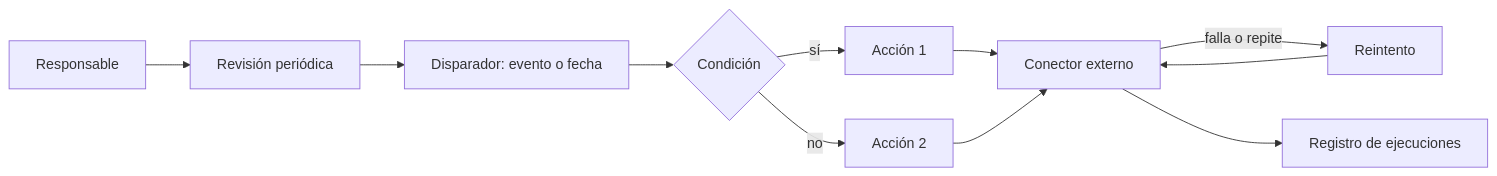
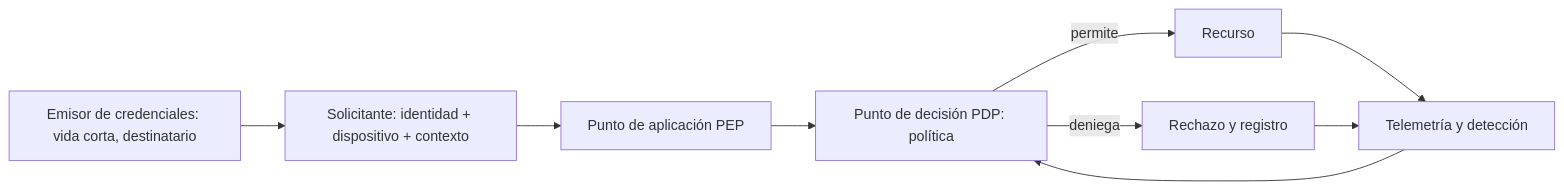
The diagram in content/part-23/SE-286.md (vladimiracunadev-create/modern-software-engineering-program), drawn with Mermaid before and after one commit. The commit also changed other lines of this file and 5193 other files, not shown here.

````diff
--- a/content/part-23/SE-286.md
+++ b/content/part-23/SE-286.md
@@ -53,13 +57,11 @@
 ```mermaid
 flowchart LR
-    A[Disparador: evento o fecha] --> B{Condición}
-    B -->|sí| C[Acción 1]
-    B -->|no| D[Acción 2]
-    C --> E[Conector externo]
-    D --> E
-    E -->|falla o repite| F[Reintento]
-    F --> E
-    G[Responsable] --> H[Revisión periódica]
-    H --> A
-    E --> I[Registro de ejecuciones]
+    A[Solicitante: identidad + dispositivo + contexto] --> B[Punto de aplicación PEP]
+    B --> C[Punto de decisión PDP: política]
+    C -->|permite| D[Recurso]
+    C -->|deniega| E[Rechazo y registro]
+    F[Emisor de credenciales: vida corta, destinatario] --> A
+    G[Telemetría y detección] --> C
+    D --> G
+    E --> G
 ```
````
